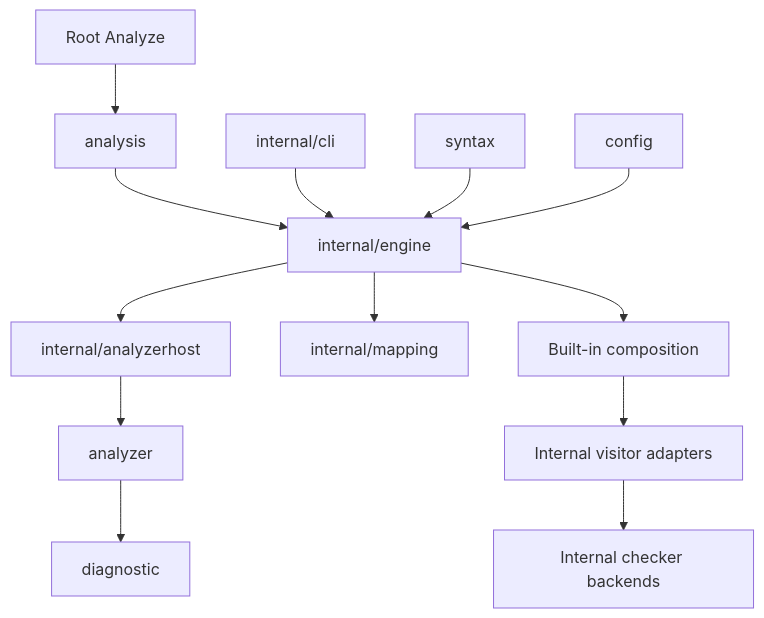
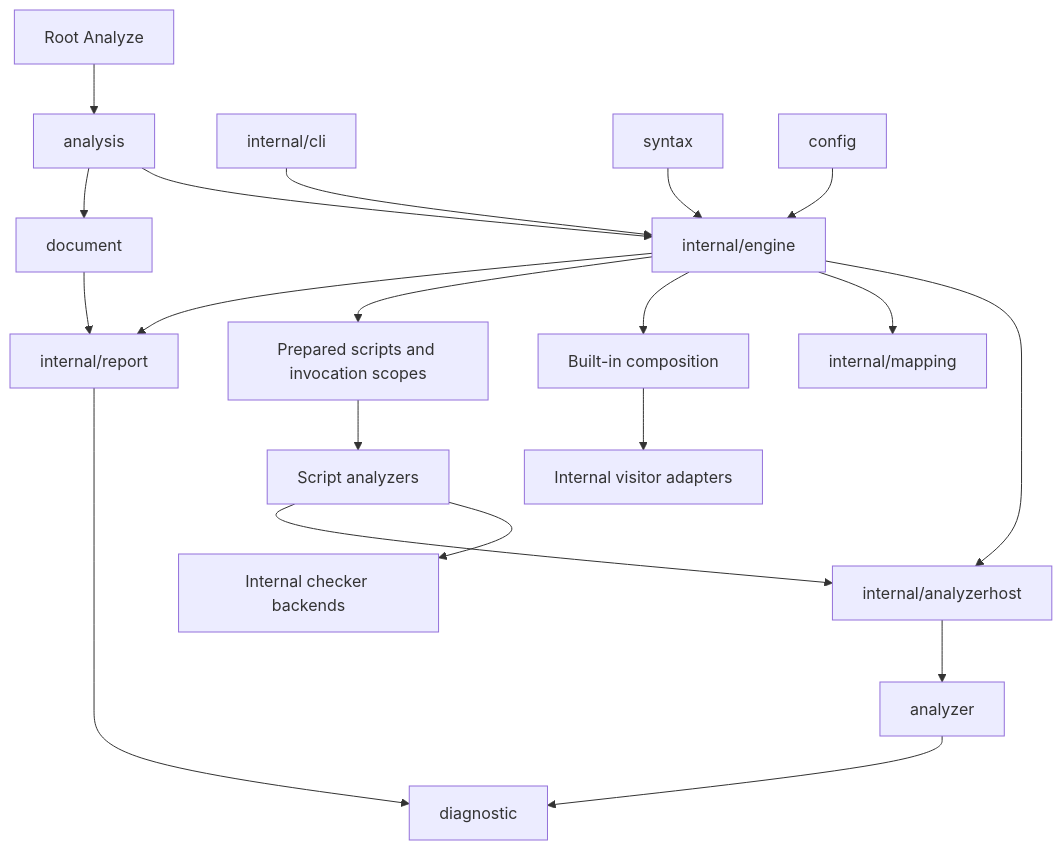
Before and after one commit to kjanat/actionlint: the diagram in docs/design/analysis-contracts.md, drawn with Mermaid. The commit also changed other lines of this file and 78 other files, not shown here.

First line of the commit message:
Decouple script checks from workflow traversal

````diff
--- a/docs/design/analysis-contracts.md
+++ b/docs/design/analysis-contracts.md
@@ -22,15 +23,22 @@
 ```mermaid
 flowchart TD
     Root[Root Analyze] --> API[analysis]
     API --> Engine[internal/engine]
     CLI[internal/cli] --> Engine
     Syntax[syntax] --> Engine
     Config[config] --> Engine
     Engine --> Host[internal/analyzerhost]
     Engine --> Mapping[internal/mapping]
     Factory[Built-in composition] --> Adapters[Internal visitor adapters]
     Engine --> Factory
     Host --> Contract[analyzer]
     Contract --> Diagnostic[diagnostic]
-    Adapters --> Backends[Internal checker backends]
+    Engine --> Prepared[Prepared scripts and invocation scopes]
+    Prepared --> Checks[Script analyzers]
+    Checks --> Backends[Internal checker backends]
+    Checks --> Host
+    API --> Documents[document]
+    Documents --> Models[internal/report]
+    Engine --> Models
+    Models --> Diagnostic
 ```
````
